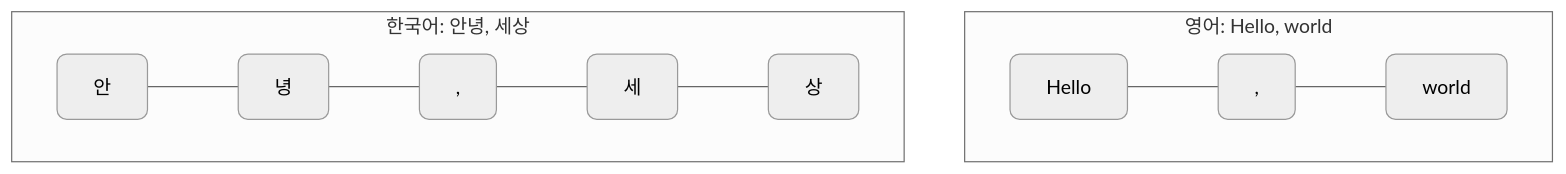
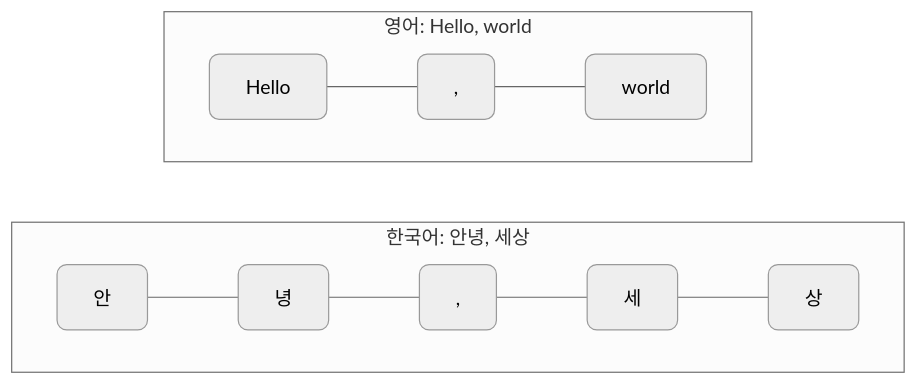
One commit to CodeCompose7/ai_service_engineering changed the seventh of 16 diagrams in docs/section1/lec02/README.md. Above: the diagram before and after it, drawn with Mermaid (neutral theme). The commit also changed other lines of this file, not shown here.

First line of the commit message:
lec02: 비교용 mermaid subgraph를 세로 배치로 변경

````diff
--- a/docs/section1/lec02/README.md
+++ b/docs/section1/lec02/README.md
@@ -124,12 +125,13 @@
 ```mermaid
 flowchart TB
   subgraph EN["영어: Hello, world"]
     direction LR
     E1["Hello"] --- E2[","] --- E3["world"]
   end
   subgraph KO["한국어: 안녕, 세상"]
     direction LR
     K1["안"] --- K2["녕"] --- K3[","] --- K4["세"] --- K5["상"]
   end
+  EN ~~~ KO
   classDef default rx:8,ry:8;
 ```
````
